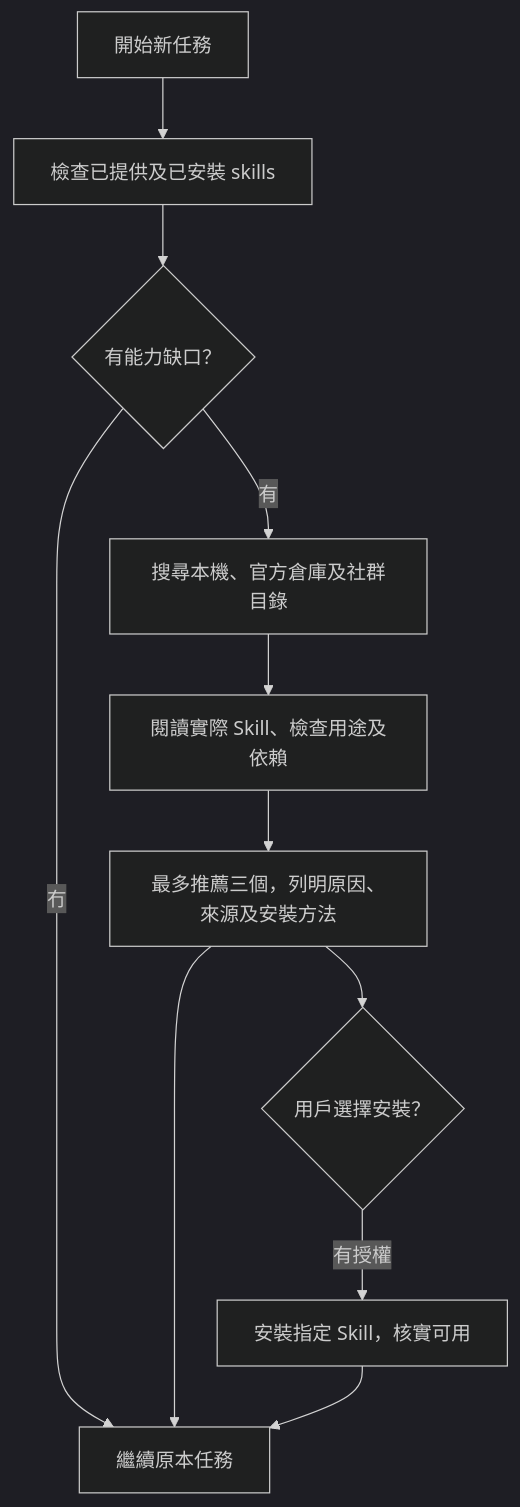
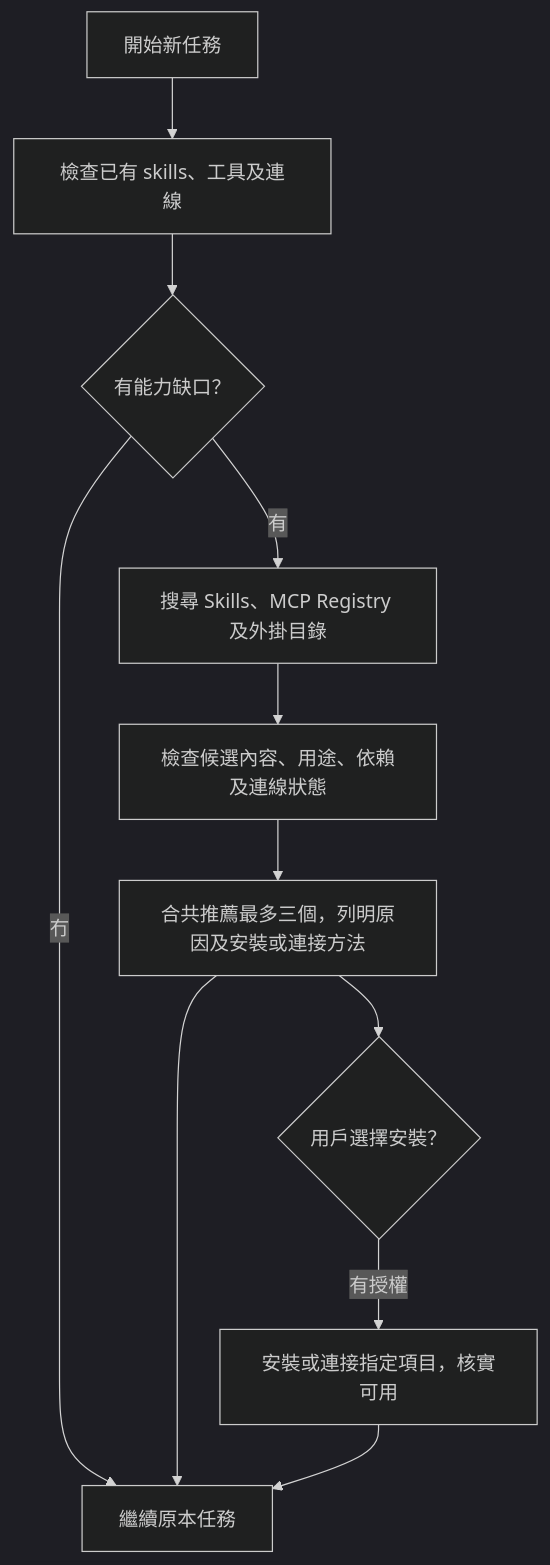
The diagram in README.md (kenktchau-cmyk/skill-scout), drawn with Mermaid (dark theme) before and after one commit. The commit also changed other lines of this file and 9 other files, not shown here.

````diff
--- a/README.md
+++ b/README.md
@@ -9,13 +17,13 @@
 ```mermaid
 flowchart TD
-    A[開始新任務] --> B[檢查已提供及已安裝 skills]
+    A[開始新任務] --> B[檢查已有 skills、工具及連線]
     B --> C{有能力缺口？}
     C -->|冇| G[繼續原本任務]
-    C -->|有| D[搜尋本機、官方倉庫及社群目錄]
-    D --> E[閱讀實際 Skill、檢查用途及依賴]
-    E --> F[最多推薦三個，列明原因、來源及安裝方法]
+    C -->|有| D[搜尋 Skills、MCP Registry 及外掛目錄]
+    D --> E[檢查候選內容、用途、依賴及連線狀態]
+    E --> F[合共推薦最多三個，列明原因及安裝或連接方法]
     F --> G
     F --> H{用戶選擇安裝？}
-    H -->|有授權| I[安裝指定 Skill，核實可用]
+    H -->|有授權| I[安裝或連接指定項目，核實可用]
     I --> G
 ```
````
